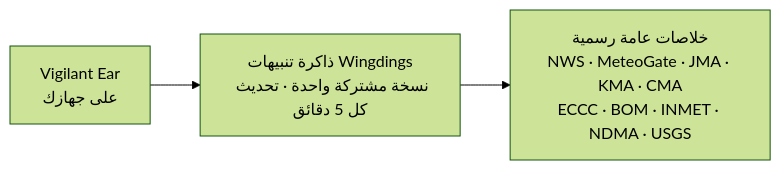
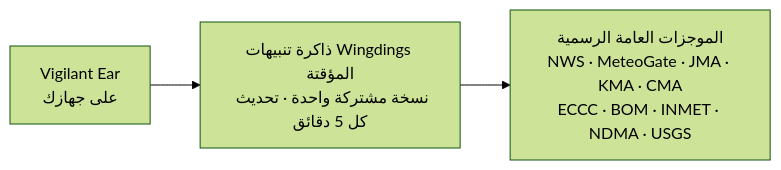
Before and after one commit to rpalm01-star/VigilantEarLegal: the fourth of 4 diagrams in README_ar.md, drawn with Mermaid (forest theme). The commit also changed other lines of this file and 29 other files, not shown here.

````diff
--- a/README_ar.md
+++ b/README_ar.md
@@ -162,5 +171,5 @@
 ```mermaid
 graph LR
-    P1["Vigilant Ear<br/>على جهازك"] --> W["ذاكرة تنبيهات Wingdings<br/>نسخة مشتركة واحدة · تحديث كل 5 دقائق"]
-    W --> N["خلاصات عامة رسمية<br/>NWS · MeteoGate · JMA · KMA · CMA<br/>ECCC · BOM · INMET · NDMA · USGS"]
+    P1["Vigilant Ear<br/>على جهازك"] --> W["ذاكرة تنبيهات Wingdings المؤقتة<br/>نسخة مشتركة واحدة · تحديث كل 5 دقائق"]
+    W --> N["الموجزات العامة الرسمية<br/>NWS · MeteoGate · JMA · KMA · CMA<br/>ECCC · BOM · INMET · NDMA · USGS"]
 ```
````
